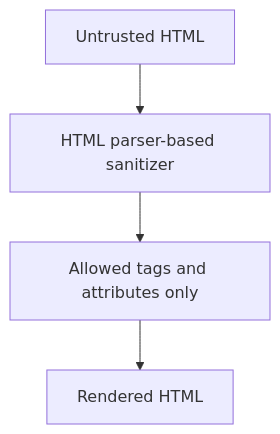
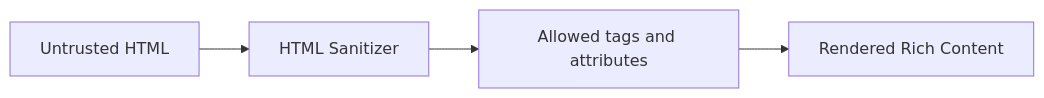
The fourth of 6 diagrams in src/content/security/sql-injection-xss-csrf.md (AvadhBhalodiya/Interview-Preparation), drawn with Mermaid before and after one commit. The commit also changed other lines of this file and 54 other files, not shown here.

````diff
--- a/src/content/security/sql-injection-xss-csrf.md
+++ b/src/content/security/sql-injection-xss-csrf.md
@@ -842,6 +256,6 @@
 ```mermaid
-flowchart TD
-    A[Untrusted HTML] --> B[HTML parser-based sanitizer]
-    B --> C[Allowed tags and attributes only]
-    C --> D[Rendered HTML]
+flowchart LR
+    A[Untrusted HTML] --> B[HTML Sanitizer]
+    B --> C[Allowed tags and attributes]
+    C --> D[Rendered Rich Content]
 ```
````
